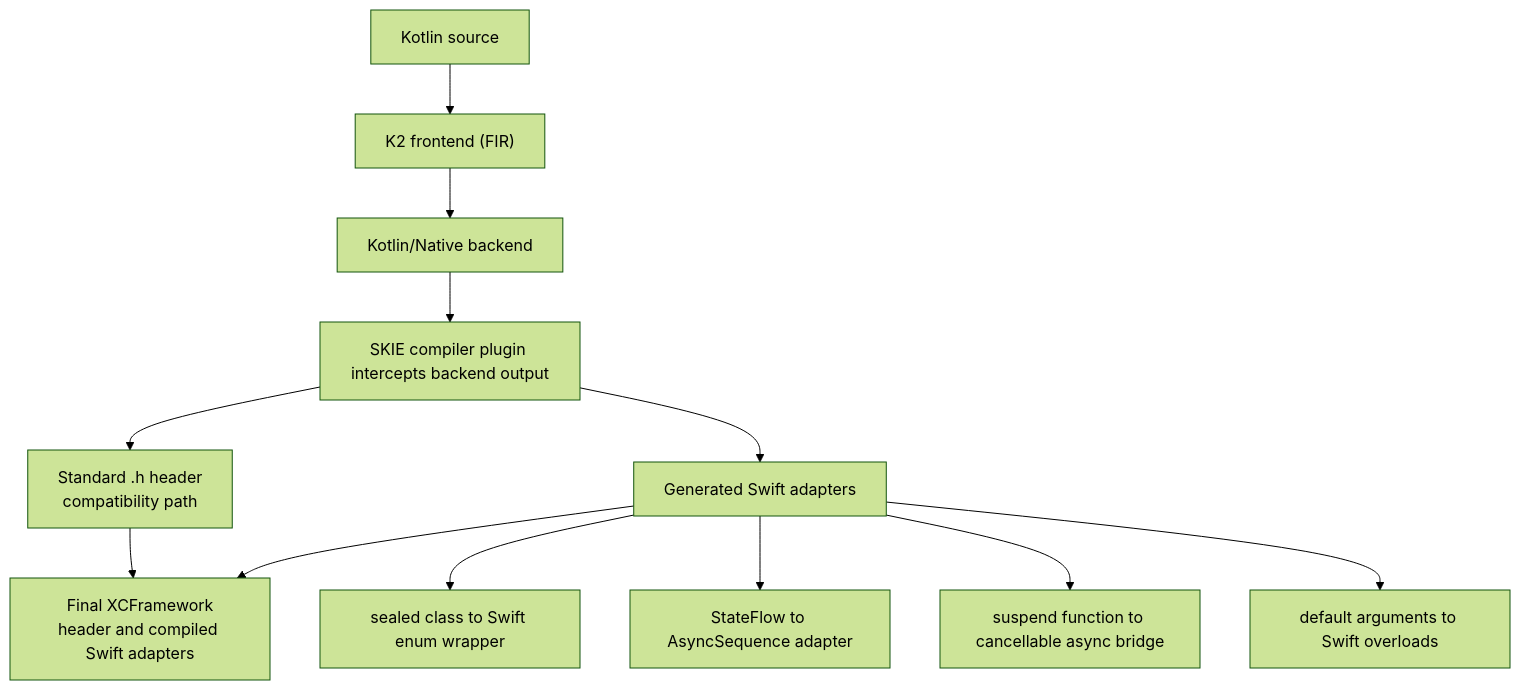
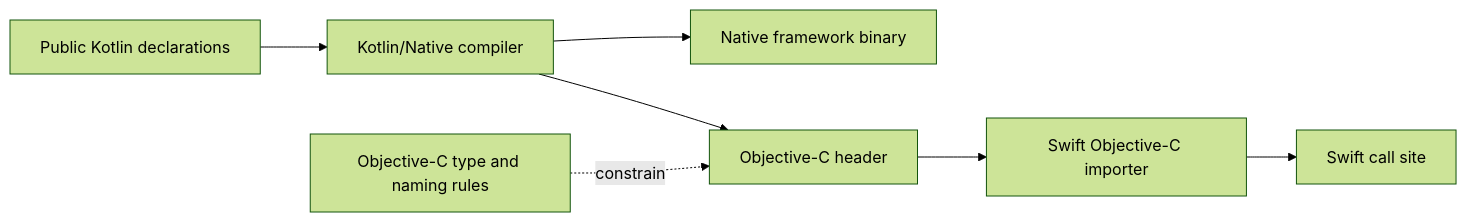
Before and after one commit to swarnsingh/android-staff-engineer-playbook-website: the diagram in android/kotlin-multiplatform/tooling/swift-interop.md, drawn with Mermaid (forest theme). The commit also changed other lines of this file and 1 other file, not shown here.

Commit message:
Modernize KMP Swift interop guidance (#32)

````diff
--- a/android/kotlin-multiplatform/tooling/swift-interop.md
+++ b/android/kotlin-multiplatform/tooling/swift-interop.md
@@ -310,14 +32,9 @@
 ```mermaid
-flowchart TD
-    source["Kotlin source"] --> fir["K2 frontend (FIR)"]
-    fir --> native["Kotlin/Native backend"]
-    native --> skie["SKIE compiler plugin intercepts backend output"]
-    skie --> header["Standard .h header<br/>compatibility path"]
-    skie --> swift["Generated Swift adapters"]
-    swift --> sealed["sealed class to Swift enum wrapper"]
-    swift --> flow["StateFlow to AsyncSequence adapter"]
-    swift --> suspend["suspend function to cancellable async bridge"]
-    swift --> defaults["default arguments to Swift overloads"]
-    header --> framework["Final XCFramework<br/>header and compiled Swift adapters"]
-    swift --> framework
+flowchart LR
+    kotlin["Public Kotlin declarations"] --> native["Kotlin/Native compiler"]
+    native --> binary["Native framework binary"]
+    native --> header["Objective-C header"]
+    header --> importer["Swift Objective-C importer"]
+    importer --> swift["Swift call site"]
+    limits["Objective-C type and naming rules"] -. constrain .-> header
 ```
````
